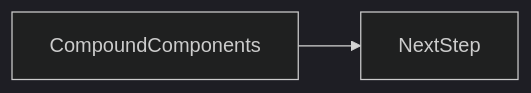
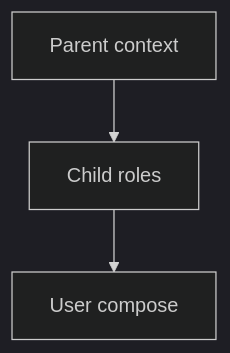
One commit to OmidJavaherii/Frontend-Engineering-Handbook changed the second of 3 diagrams in docs/en/22-design-patterns/compound-components/index.md. Above: the diagram before and after it, drawn with Mermaid (dark theme). The commit also changed other lines of this file and 461 other files, not shown here.

````diff
--- a/docs/en/22-design-patterns/compound-components/index.md
+++ b/docs/en/22-design-patterns/compound-components/index.md
@@ -95,4 +115,5 @@
 ```mermaid
-flowchart LR
-  concept[CompoundComponents] --> nextStep[NextStep]
+flowchart TD
+  n0[Parent context] --> n1[Child roles]
+  n1[Child roles] --> n2[User compose]
 ```
````
